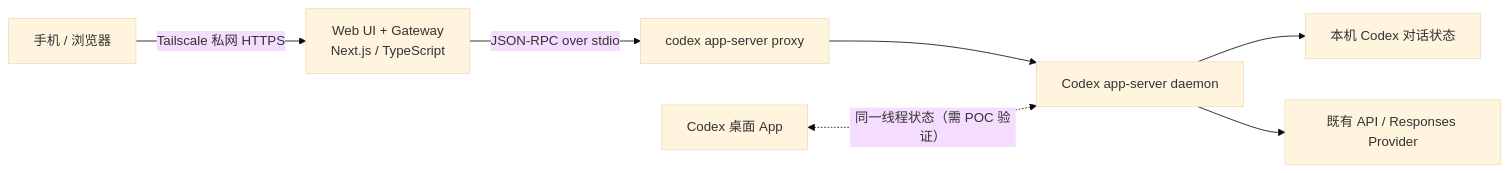
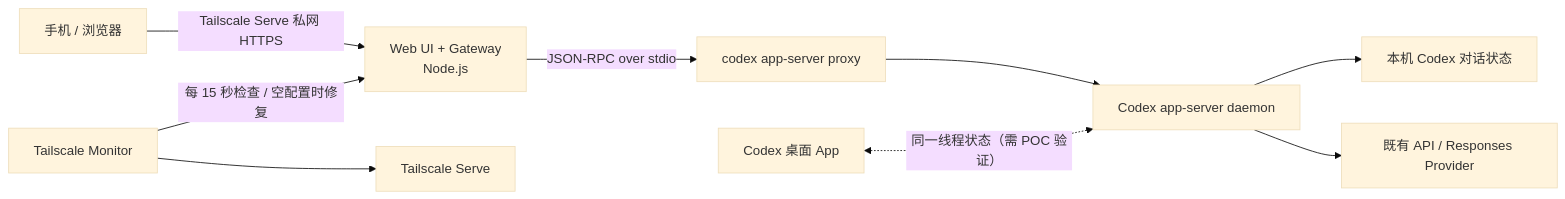
The diagram in docs/remote-codex-console.md (Yuke-learning/codex-webui), drawn with Mermaid (base theme) before and after one commit. The commit also changed other lines of this file and 9 other files, not shown here.

````diff
--- a/docs/remote-codex-console.md
+++ b/docs/remote-codex-console.md
@@ -17,9 +17,11 @@
 ```mermaid
 flowchart LR
-  Browser["手机 / 浏览器"] -->|"Tailscale 私网 HTTPS"| Web["Web UI + Gateway\nNext.js / TypeScript"]
+  Browser["手机 / 浏览器"] -->|"Tailscale Serve 私网 HTTPS"| Web["Web UI + Gateway\nNode.js"]
   Web -->|"JSON-RPC over stdio"| Proxy["codex app-server proxy"]
   Proxy --> Daemon["Codex app-server daemon"]
   Daemon --> State["本机 Codex 对话状态"]
   Daemon --> Provider["既有 API / Responses Provider"]
   Desktop["Codex 桌面 App"] <-. "同一线程状态（需 POC 验证）" .-> Daemon
+  Monitor["Tailscale Monitor"] -->|"每 15 秒检查 / 空配置时修复"| Web
+  Monitor --> Serve["Tailscale Serve"]
 ```
````
